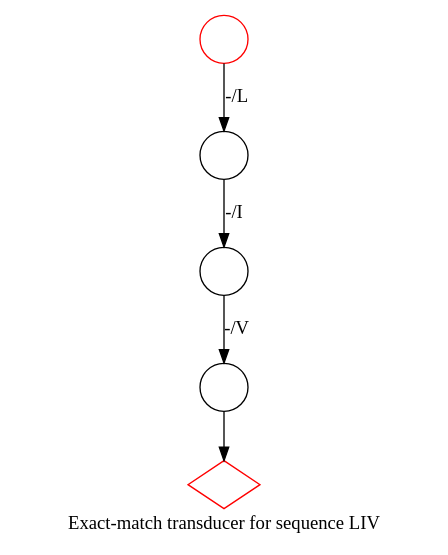
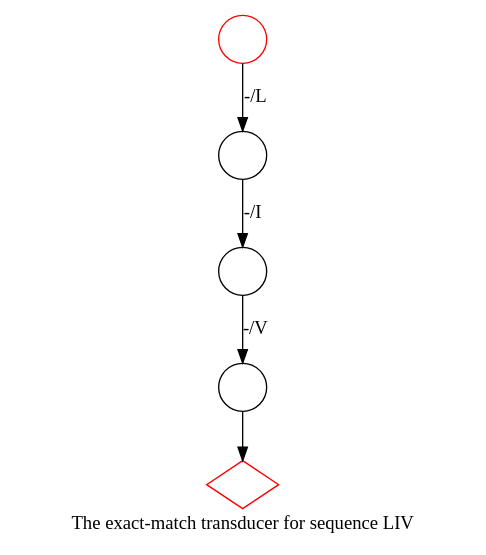
The diagram in liv-small.dot (ihh/transducer-tutorial), drawn with Graphviz before and after one commit. The commit also changed 8 other files, not shown here.

Commit message:
Added emacs mode, identity transducer, and TKF91 composed with LIV- and MF-matchers

```diff
--- a/liv-small.dot
+++ b/liv-small.dot
@@ -1,15 +1,15 @@
 digraph G {
     S [label="", shape=circle, color=red];
     E [label="", shape=diamond, color=red];
 
     D1 [label="", shape=circle];
     D2 [label="", shape=circle];
     D3 [label="", shape=circle];
 
     S->D1 [label="-/L"];
     D1->D2 [label="-/I"];
     D2->D3 [label="-/V"];
     D3->E;
 
-    label="Exact-match transducer for sequence LIV";
+    label="The exact-match transducer for sequence LIV";
 }
```
